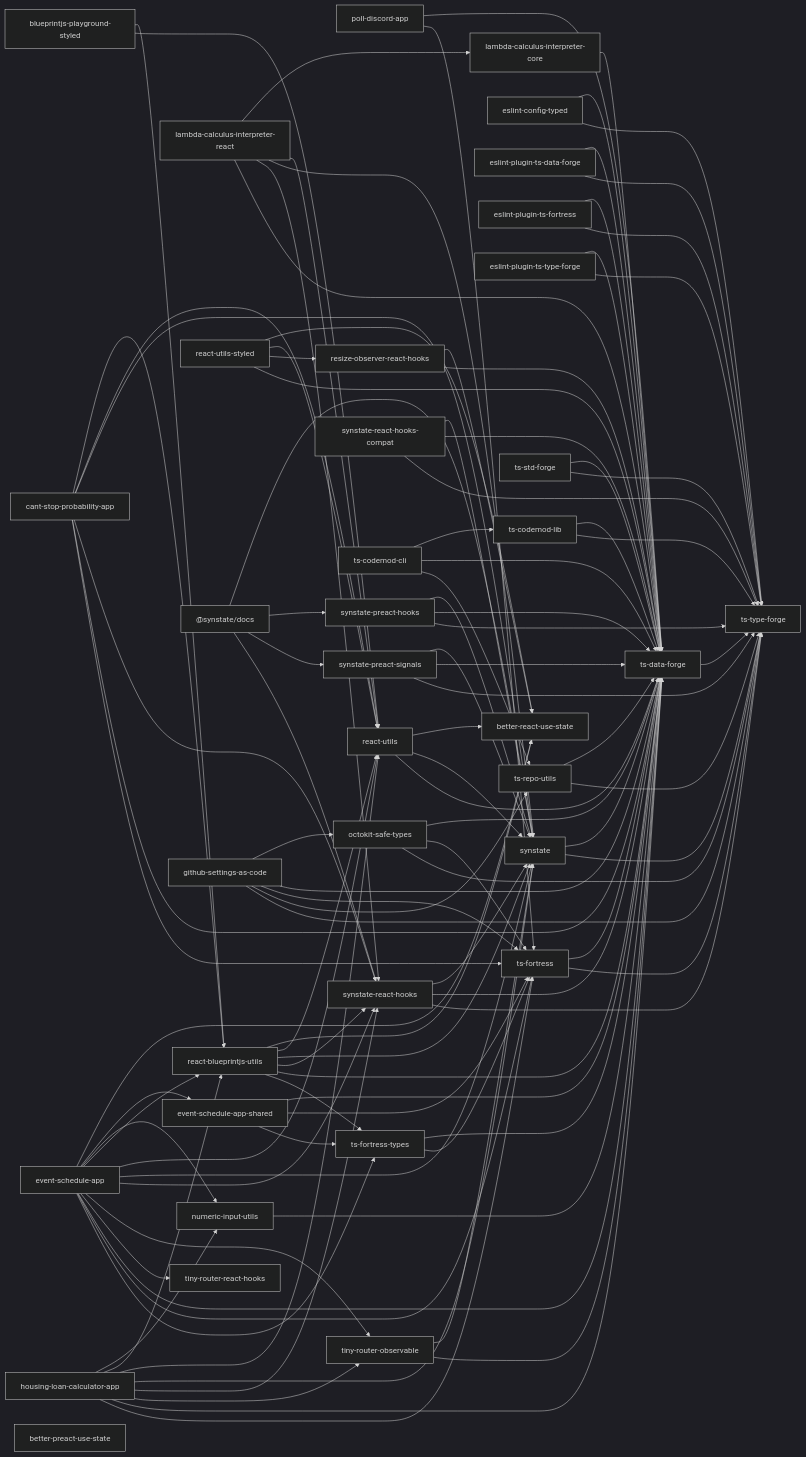
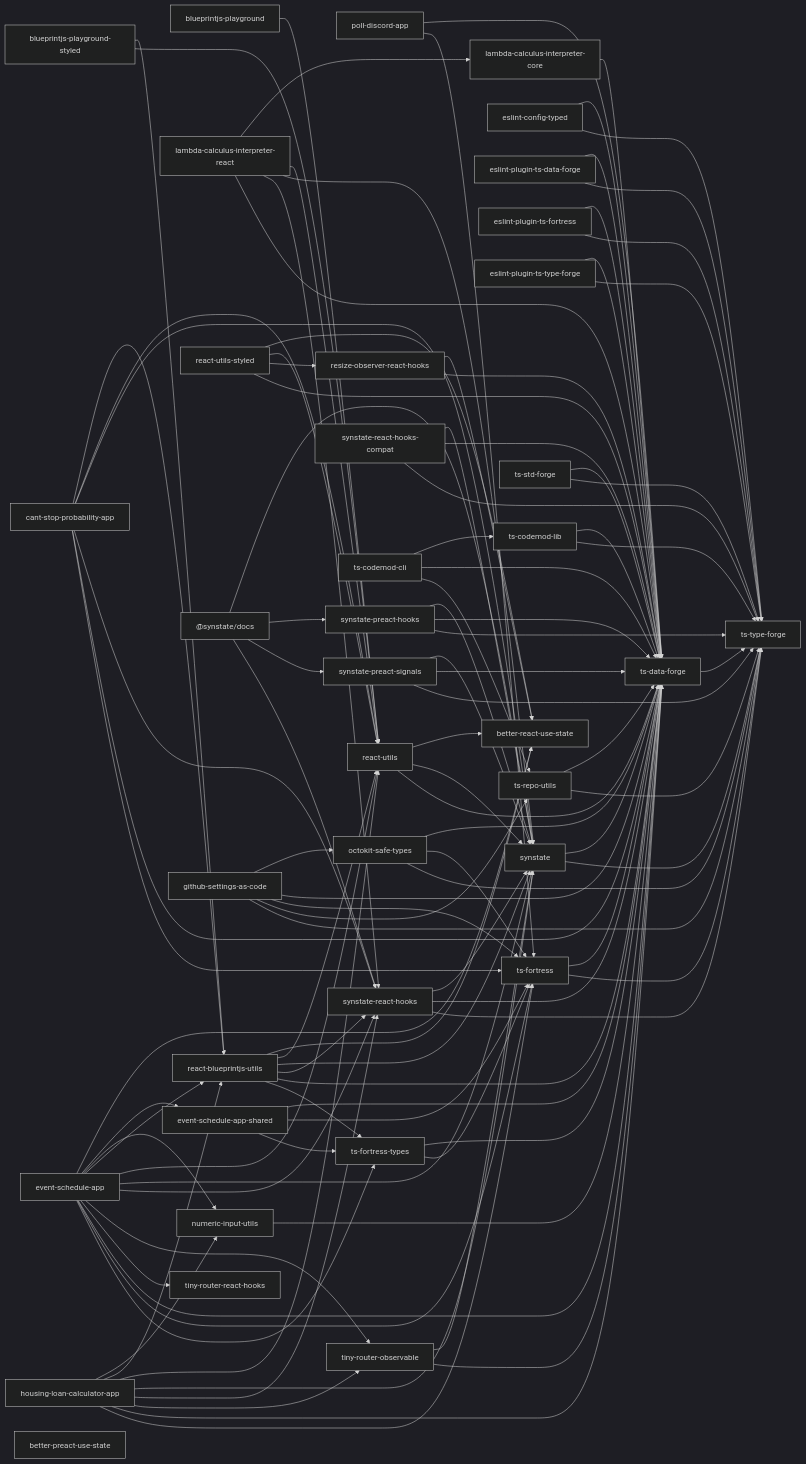
The diagram in docs/package-dependencies.md (noshiro-pf/mono), drawn with Mermaid (dark theme) before and after one commit. The commit also changed other lines of this file and 33 other files, not shown here.

````diff
--- a/docs/package-dependencies.md
+++ b/docs/package-dependencies.md
@@ -13,5 +13,6 @@
 ```mermaid
 graph LR
+  blueprintjs_playground["blueprintjs-playground"]
   blueprintjs_playground_styled["blueprintjs-playground-styled"]
   cant_stop_probability_app["cant-stop-probability-app"]
   event_schedule_app["event-schedule-app"]
@@ -49,6 +50,7 @@
   ts_repo_utils["ts-repo-utils"]
   ts_std_forge["ts-std-forge"]
   ts_type_forge["ts-type-forge"]
+  blueprintjs_playground --> react_utils
   blueprintjs_playground_styled --> react_blueprintjs_utils
   blueprintjs_playground_styled --> react_utils
   cant_stop_probability_app --> react_blueprintjs_utils
````
